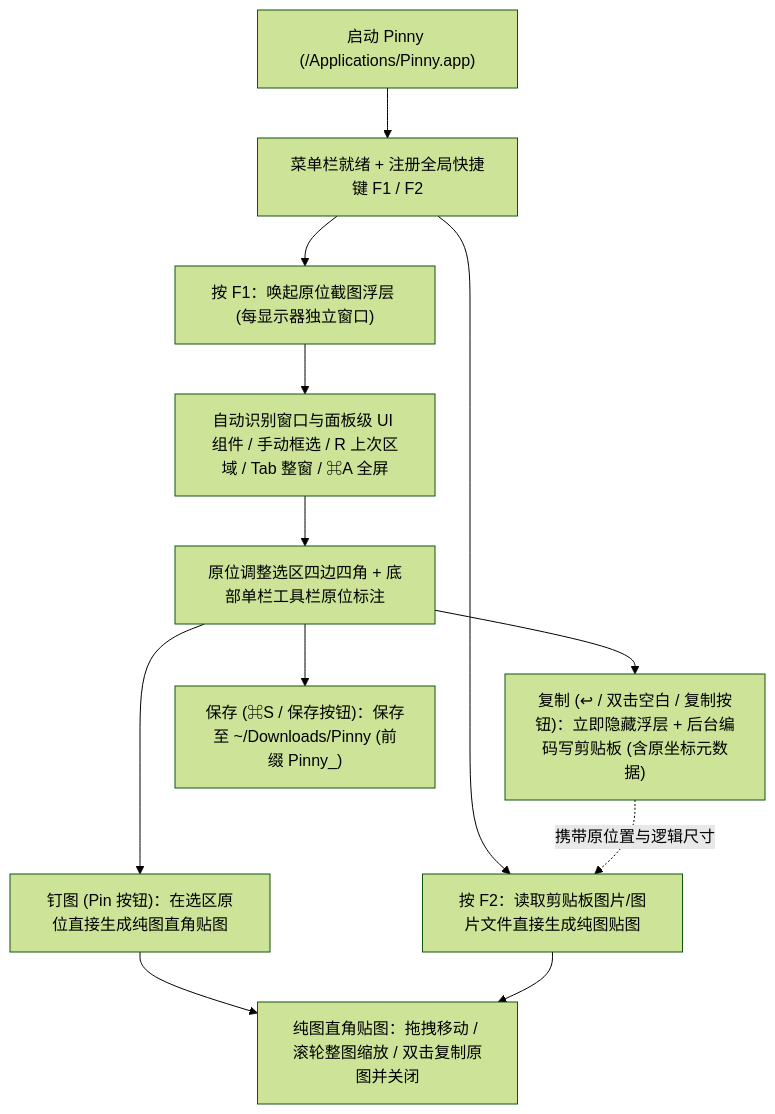
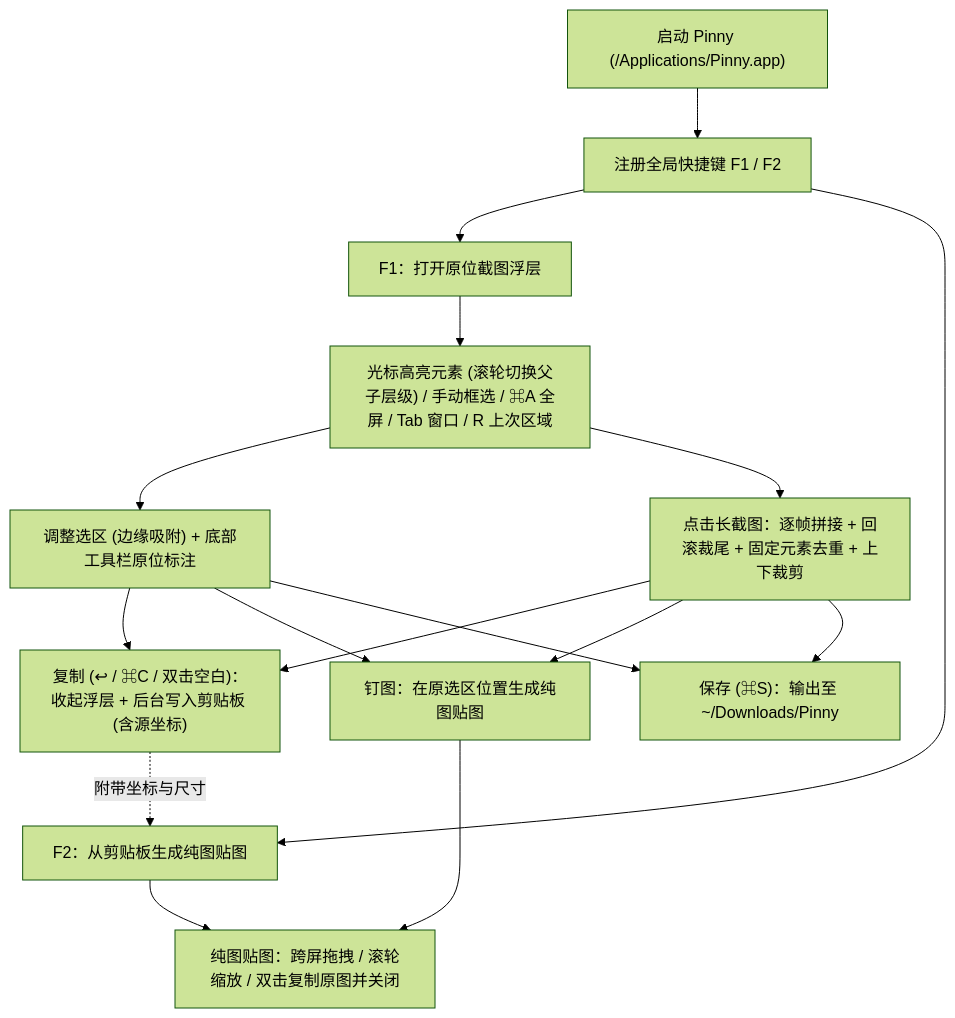
One commit to realruian/Pinny changed the diagram in docs/README.md. Above: the diagram before and after it, drawn with Mermaid (forest theme). The commit also changed other lines of this file and 3 other files, not shown here.

````diff
--- a/docs/README.md
+++ b/docs/README.md
@@ -43,17 +42,22 @@
 ```mermaid
 flowchart TD
-    A["启动 Pinny (/Applications/Pinny.app)"] --> B["菜单栏就绪 + 注册全局快捷键 F1 / F2"]
-    B --> C["按 F1：唤起原位截图浮层 (每显示器独立窗口)"]
-    B --> D["按 F2：读取剪贴板图片/图片文件直接生成纯图贴图"]
+    A["启动 Pinny (/Applications/Pinny.app)"] --> B["注册全局快捷键 F1 / F2"]
+    B --> C["F1：打开原位截图浮层"]
+    B --> D["F2：从剪贴板生成纯图贴图"]
 
-    C --> E["自动识别窗口与面板级 UI 组件 / 手动框选 / R 上次区域 / Tab 整窗 / ⌘A 全屏"]
-    E --> F["原位调整选区四边四角 + 底部单栏工具栏原位标注"]
+    C --> E["光标高亮元素 (滚轮切换父子层级) / 手动框选 / ⌘A 全屏 / Tab 窗口 / R 上次区域"]
+    E --> F["调整选区 (边缘吸附) + 底部工具栏原位标注"]
+    E --> L["点击长截图：逐帧拼接 + 回滚裁尾 + 固定元素去重 + 上下裁剪"]
 
-    F --> G["复制 (↩ / 双击空白 / 复制按钮)：立即隐藏浮层 + 后台编码写剪贴板 (含原坐标元数据)"]
-    F --> H["钉图 (Pin 按钮)：在选区原位直接生成纯图直角贴图"]
-    F --> I["保存 (⌘S / 保存按钮)：保存至 ~/Downloads/Pinny (前缀 Pinny_)"]
+    F --> G["复制 (↩ / ⌘C / 双击空白)：收起浮层 + 后台写入剪贴板 (含源坐标)"]
+    F --> H["钉图：在原选区位置生成纯图贴图"]
+    F --> I["保存 (⌘S)：输出至 ~/Downloads/Pinny"]
 
-    G -. "携带原位置与逻辑尺寸" .-> D
-    H --> J["纯图直角贴图：拖拽移动 / 滚轮整图缩放 / 双击复制原图并关闭"]
+    L --> G
+    L --> H
+    L --> I
+
+    G -. "附带坐标与尺寸" .-> D
+    H --> J["纯图贴图：跨屏拖拽 / 滚轮缩放 / 双击复制原图并关闭"]
     D --> J
 ```
````
